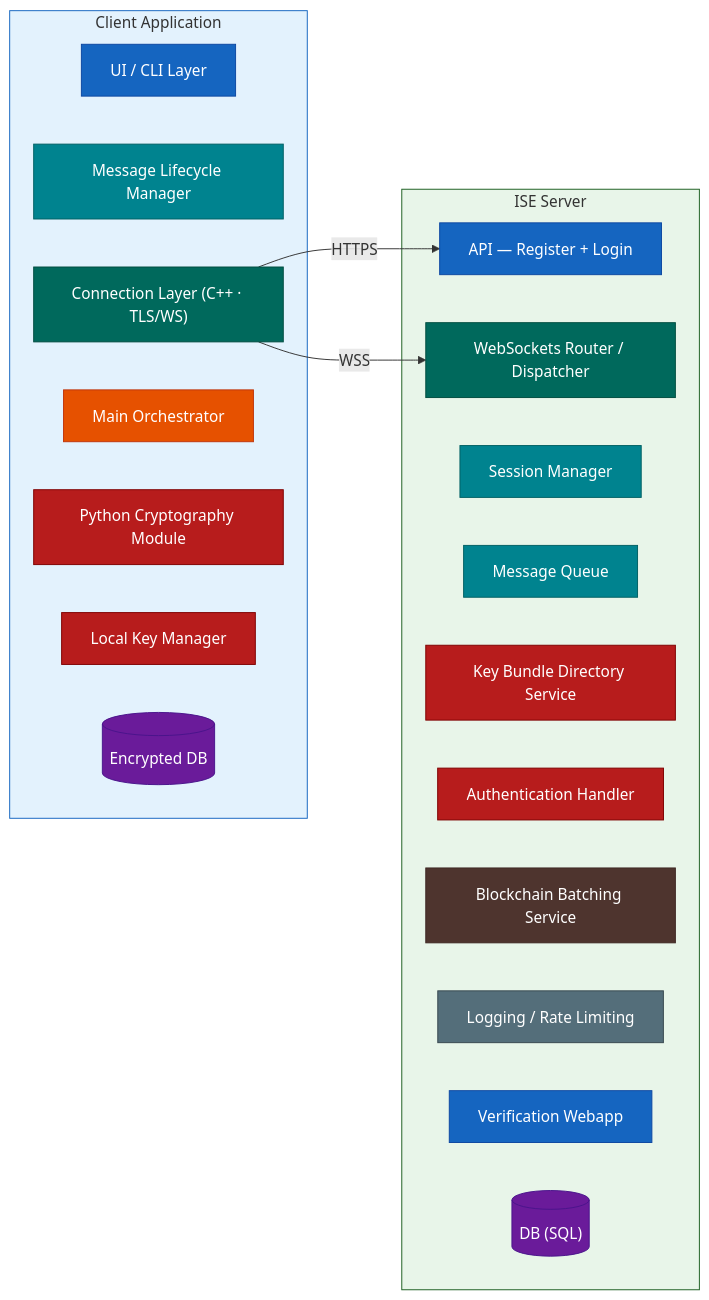
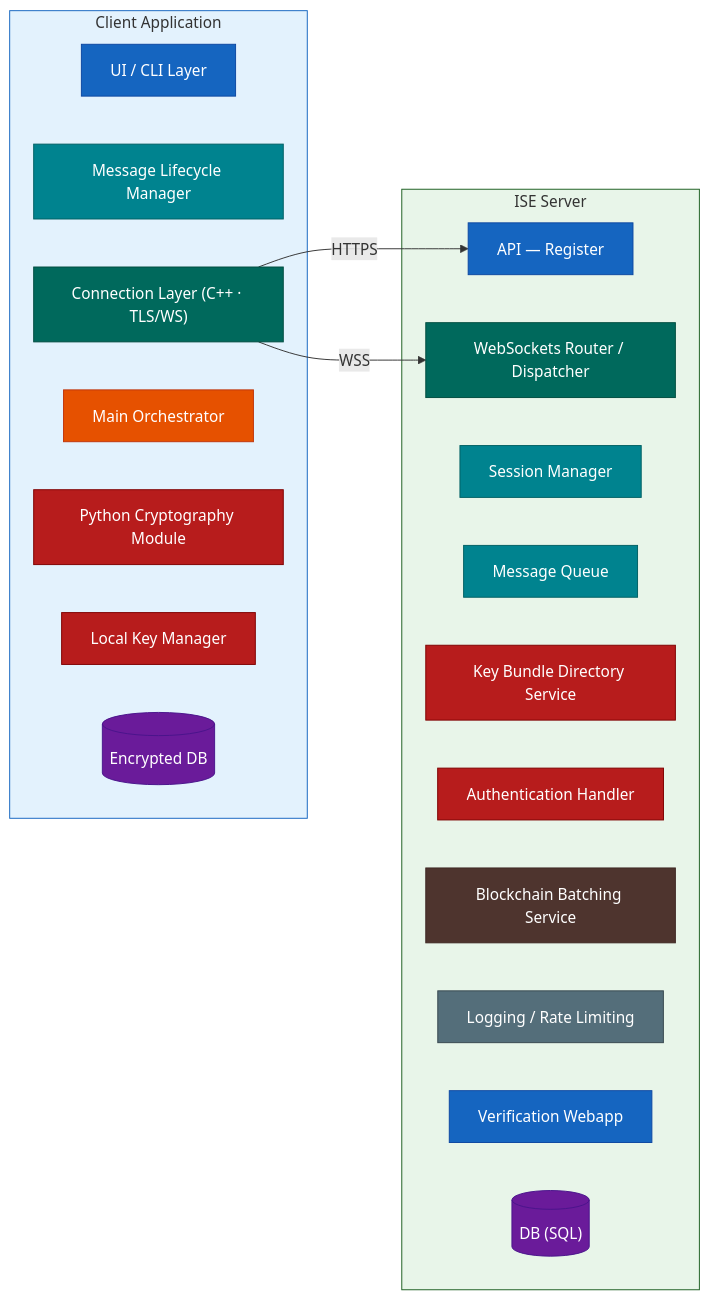
The first of 3 diagrams in docs/architecture.md (meltedelement/EPIC-1bit2qbit), drawn with Mermaid before and after one commit. The commit also changed other lines of this file and 1 other file, not shown here.

First line of the commit message:
Docs: Update architecture and server flows for WS-auth session model

````diff
--- a/docs/architecture.md
+++ b/docs/architecture.md
@@ -5,40 +5,40 @@
 ```mermaid
 flowchart LR
     classDef entry      fill:#1565C0,stroke:#0D47A1,color:#fff
     classDef orch       fill:#E65100,stroke:#BF360C,color:#fff
     classDef transport  fill:#00695C,stroke:#004D40,color:#fff
     classDef messaging  fill:#00838F,stroke:#006064,color:#fff
     classDef security   fill:#B71C1C,stroke:#7F0000,color:#fff
     classDef blockchain fill:#4E342E,stroke:#3E2723,color:#fff
     classDef infra      fill:#546E7A,stroke:#37474F,color:#fff
     classDef storage    fill:#6A1B9A,stroke:#4A148C,color:#fff
 
     subgraph CA["Client Application"]
         UI["UI / CLI Layer"]:::entry
         MLM["Message Lifecycle Manager"]:::messaging
         CONN["Connection Layer (C++ · TLS/WS)"]:::transport
         ORCH["Main Orchestrator"]:::orch
         CRYPTO["Python Cryptography Module"]:::security
         KEYS["Local Key Manager"]:::security
         DBC[("Encrypted DB")]:::storage
     end
 
     subgraph ISE["ISE Server"]
-        API["API — Register + Login"]:::entry
+        API["API — Register"]:::entry
         WS["WebSockets Router / Dispatcher"]:::transport
         SESSION["Session Manager"]:::messaging
         MQ["Message Queue"]:::messaging
         KBD["Key Bundle Directory Service"]:::security
         AUTHN["Authentication Handler"]:::security
         BC["Blockchain Batching Service"]:::blockchain
         LOG["Logging / Rate Limiting"]:::infra
         WEBAPP["Verification Webapp"]:::entry
         DBS[("DB (SQL)")]:::storage
     end
 
     CONN -->|HTTPS| API
     CONN -->|WSS| WS
 
     style CA fill:#E3F2FD,stroke:#1565C0
     style ISE fill:#E8F5E9,stroke:#1B5E20
 ```
````
